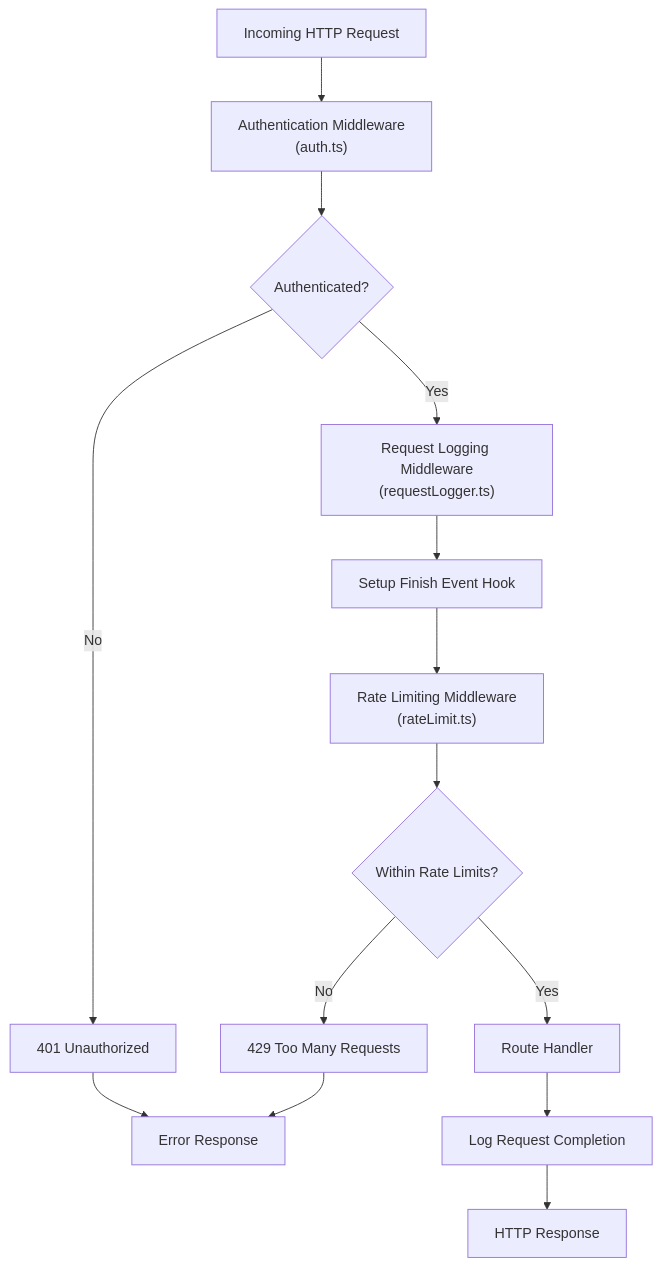
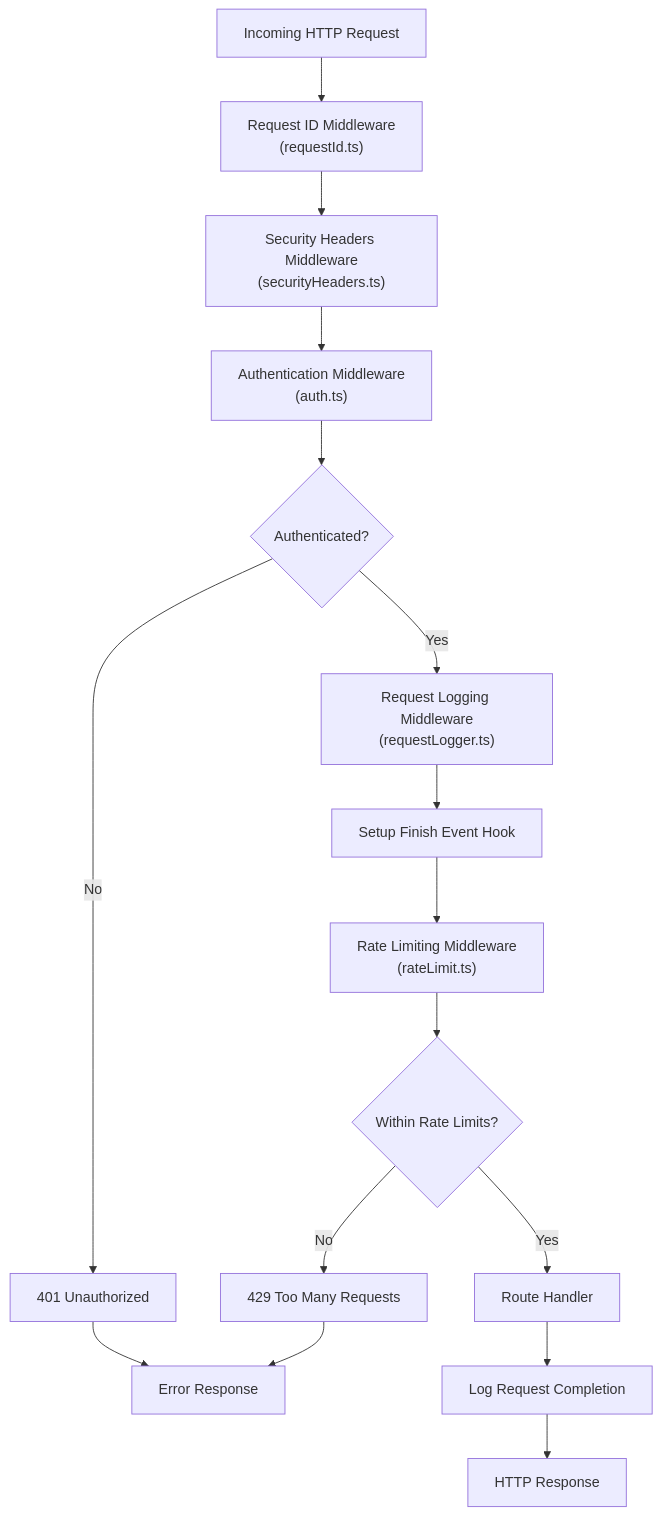
The first of 8 diagrams in .qoder/repowiki/en/content/Architecture/Backend Architecture/Middleware/Middleware.md (gaigenticai/escrowgrid), drawn with Mermaid before and after one commit. The commit also changed other lines of this file and 4 other files, not shown here.

````diff
--- a/.qoder/repowiki/en/content/Architecture/Backend Architecture/Middleware/Middleware.md
+++ b/.qoder/repowiki/en/content/Architecture/Backend Architecture/Middleware/Middleware.md
@@ -43,16 +59,18 @@
 ```mermaid
 flowchart TD
-Request["Incoming HTTP Request"] --> Auth["Authentication Middleware<br/>(auth.ts)"]
+Request["Incoming HTTP Request"] --> RequestId["Request ID Middleware<br/>(requestId.ts)"]
+RequestId --> Security["Security Headers Middleware<br/>(securityHeaders.ts)"]
+Security --> Auth["Authentication Middleware<br/>(auth.ts)"]
 Auth --> AuthCheck{"Authenticated?"}
 AuthCheck --> |No| AuthError["401 Unauthorized"]
 AuthCheck --> |Yes| Logger["Request Logging Middleware<br/>(requestLogger.ts)"]
 Logger --> LoggerHook["Setup Finish Event Hook"]
 LoggerHook --> RateLimit["Rate Limiting Middleware<br/>(rateLimit.ts)"]
 RateLimit --> RateCheck{"Within Rate Limits?"}
 RateCheck --> |No| RateError["429 Too Many Requests"]
 RateCheck --> |Yes| RouteHandler["Route Handler"]
 RouteHandler --> LoggerFinish["Log Request Completion"]
 LoggerFinish --> Response["HTTP Response"]
 AuthError --> ErrorResponse["Error Response"]
 RateError --> ErrorResponse
 ```
````
